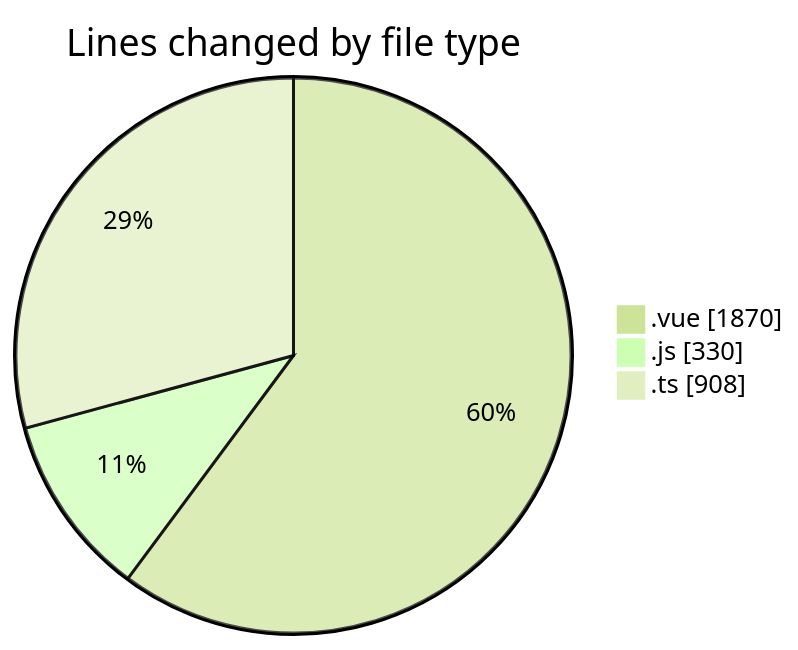
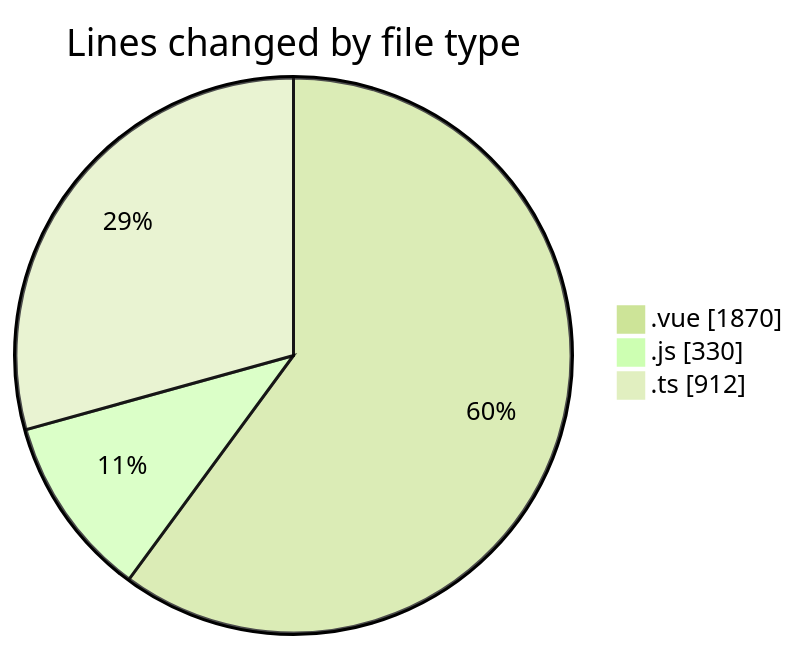
Before and after one commit to lephambinh05/code-tracking: the first of 2 diagrams in 2025-07-14/rentotp/README.md, drawn with Mermaid (forest theme). The commit also changed other lines of this file and 1 other file, not shown here.

````diff
--- a/2025-07-14/rentotp/README.md
+++ b/2025-07-14/rentotp/README.md
@@ -43,7 +43,7 @@
 ```mermaid
 pie showData
 title Lines changed by file type
 ".vue" : 1870
 ".js" : 330
-".ts" : 908
+".ts" : 912
 ```
````
